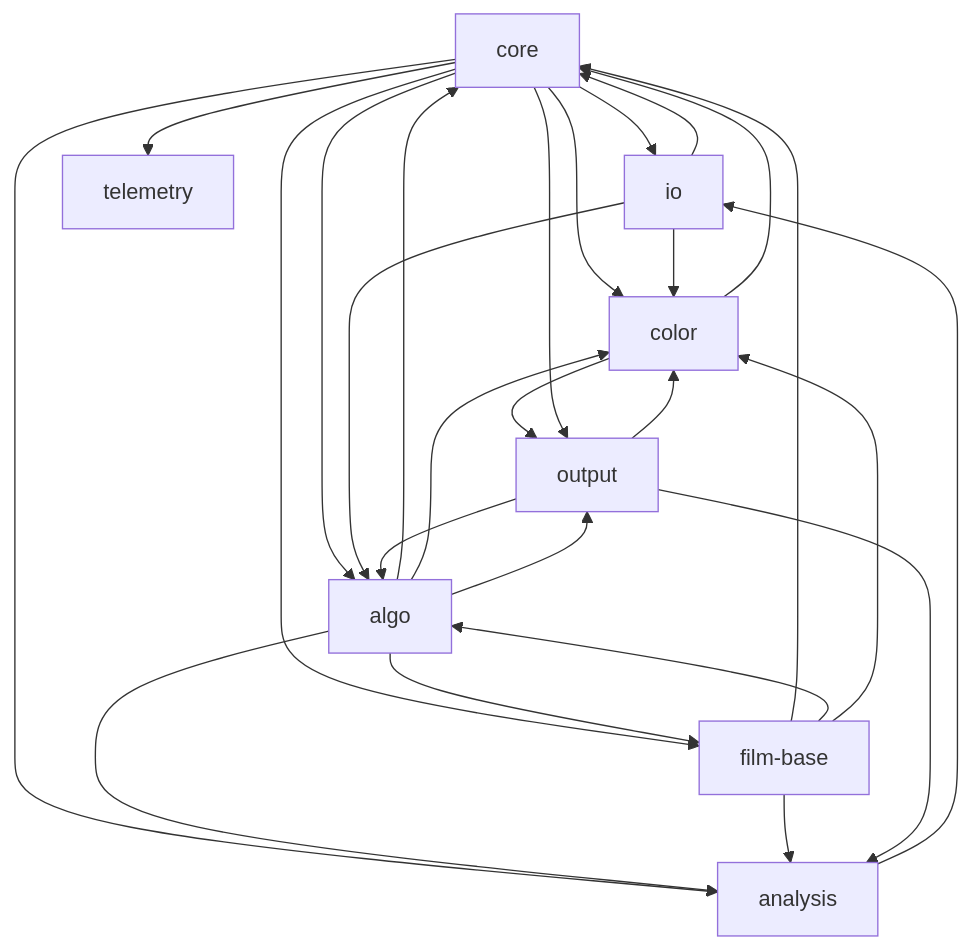
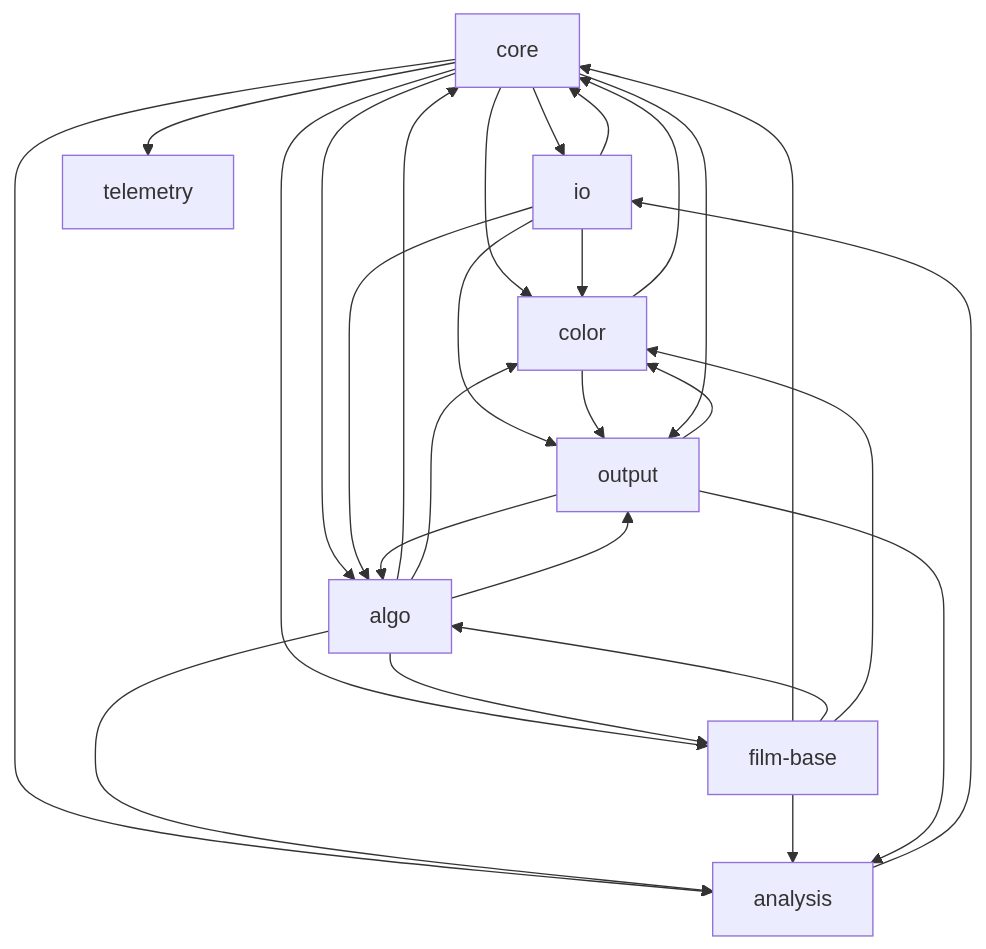
Before and after one commit to lix42/negative-converter: the first of 2 diagrams in docs/TASKS.md, drawn with Mermaid. The commit also changed other lines of this file and 2 other files, not shown here.

````diff
--- a/docs/TASKS.md
+++ b/docs/TASKS.md
@@ -89,36 +89,37 @@
 ```mermaid
 graph TD
   core
   io
   film-base
   algo
   color
   output
   telemetry
   analysis
   core --> io
   core --> color
   core --> film-base
   core --> algo
   io --> core
   color --> core
   film-base --> core
   algo --> core
   analysis --> io
   core --> analysis
   core --> telemetry
   algo --> analysis
   film-base --> analysis
   algo --> film-base
   io --> color
   io --> algo
+  io --> output
   film-base --> algo
   algo --> color
   film-base --> color
   color --> output
   algo --> output
   output --> color
   core --> output
   output --> algo
   output --> analysis
 ```
````
